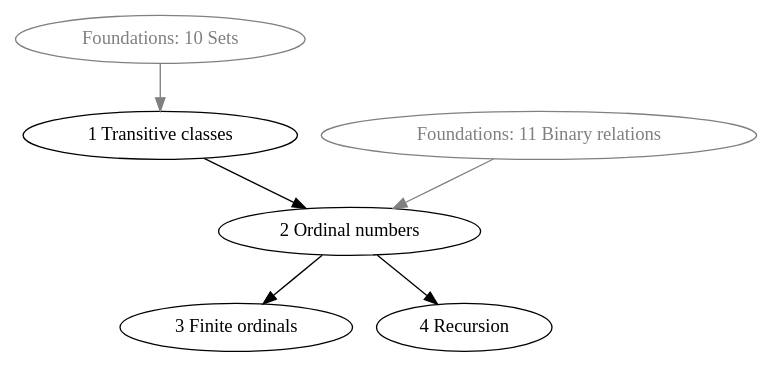
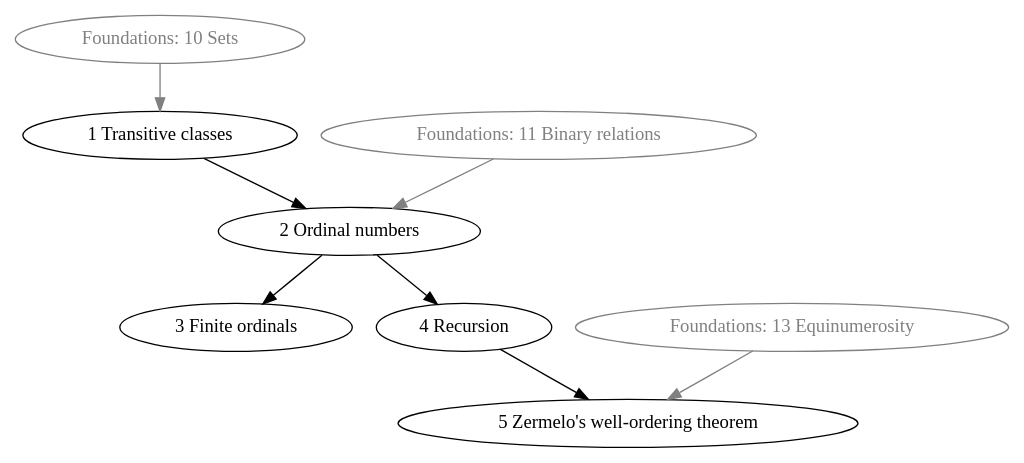
The diagram in examples/set-theory/dependency-graph/graph.dot (naproche/naproche), drawn with Graphviz before and after one commit. The commit also changed 4 other files, not shown here.

Commit message:
Set theory: Add Zermelo's well-ordering theorem

```diff
--- a/examples/set-theory/dependency-graph/graph.dot
+++ b/examples/set-theory/dependency-graph/graph.dot
@@ -1,16 +1,20 @@
 digraph Sections {
 
     foundations_10 [label = "Foundations: 10 Sets", color = "gray", fontcolor = "gray"]
     foundations_11 [label = "Foundations: 11 Binary relations", color = "gray", fontcolor = "gray"]
+    foundations_13 [label = "Foundations: 13 Equinumerosity", color = "gray", fontcolor = "gray"]
 
     set_theory_01 [label = "1 Transitive classes"]
     set_theory_02 [label = "2 Ordinal numbers"]
     set_theory_03 [label = "3 Finite ordinals"]
     set_theory_04 [label = "4 Recursion"]
+    set_theory_05 [label = "5 Zermelo's well-ordering theorem"]
 
     foundations_10  -> set_theory_01    [color = "gray"]
     foundations_11  -> set_theory_02    [color = "gray"]
     set_theory_01   -> set_theory_02
     set_theory_02   -> set_theory_03
     set_theory_02   -> set_theory_04
+    foundations_13  -> set_theory_05    [color = "gray"]
+    set_theory_04   -> set_theory_05
 }
```
